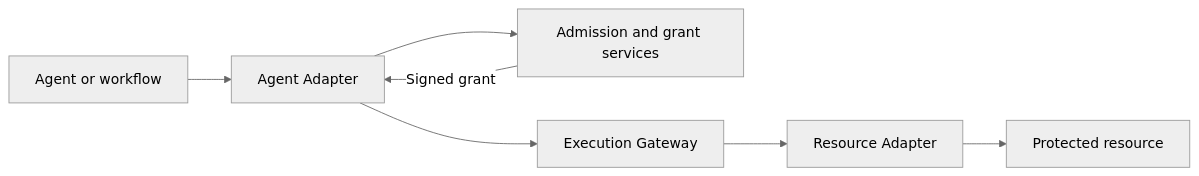
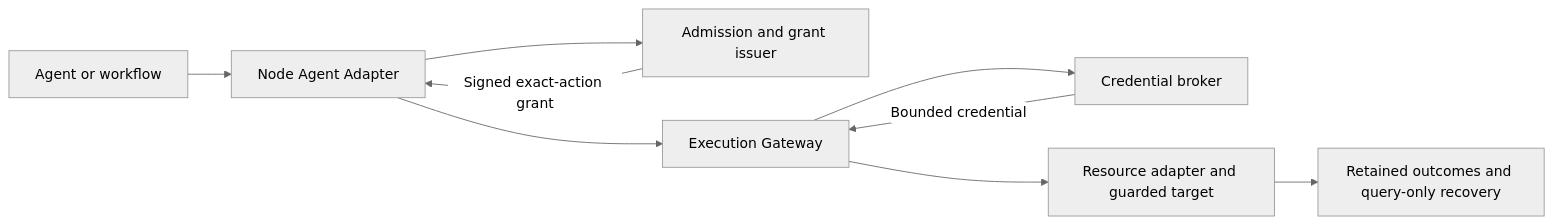
One commit to openkedge/kedgeflow changed the diagram in README.md. Above: the diagram before and after it, drawn with Mermaid (neutral theme). The commit also changed other lines of this file and 9 other files, not shown here.

````diff
--- a/README.md
+++ b/README.md
@@ -27,9 +30,11 @@
 ```mermaid
 flowchart LR
-  Agent[Agent or workflow] --> Adapter[Agent Adapter]
-  Adapter --> Control[Admission and grant services]
-  Control -->|Signed grant| Adapter
+  Agent[Agent or workflow] --> Adapter[Node Agent Adapter]
+  Adapter --> Control[Admission and grant issuer]
+  Control -->|Signed exact-action grant| Adapter
   Adapter --> Gateway[Execution Gateway]
-  Gateway --> ResourceAdapter[Resource Adapter]
-  ResourceAdapter --> Resource[Protected resource]
+  Gateway --> Broker[Credential broker]
+  Gateway --> Target[Resource adapter and guarded target]
+  Broker -->|Bounded credential| Gateway
+  Target --> Outcomes[Retained outcomes and query-only recovery]
 ```
````
